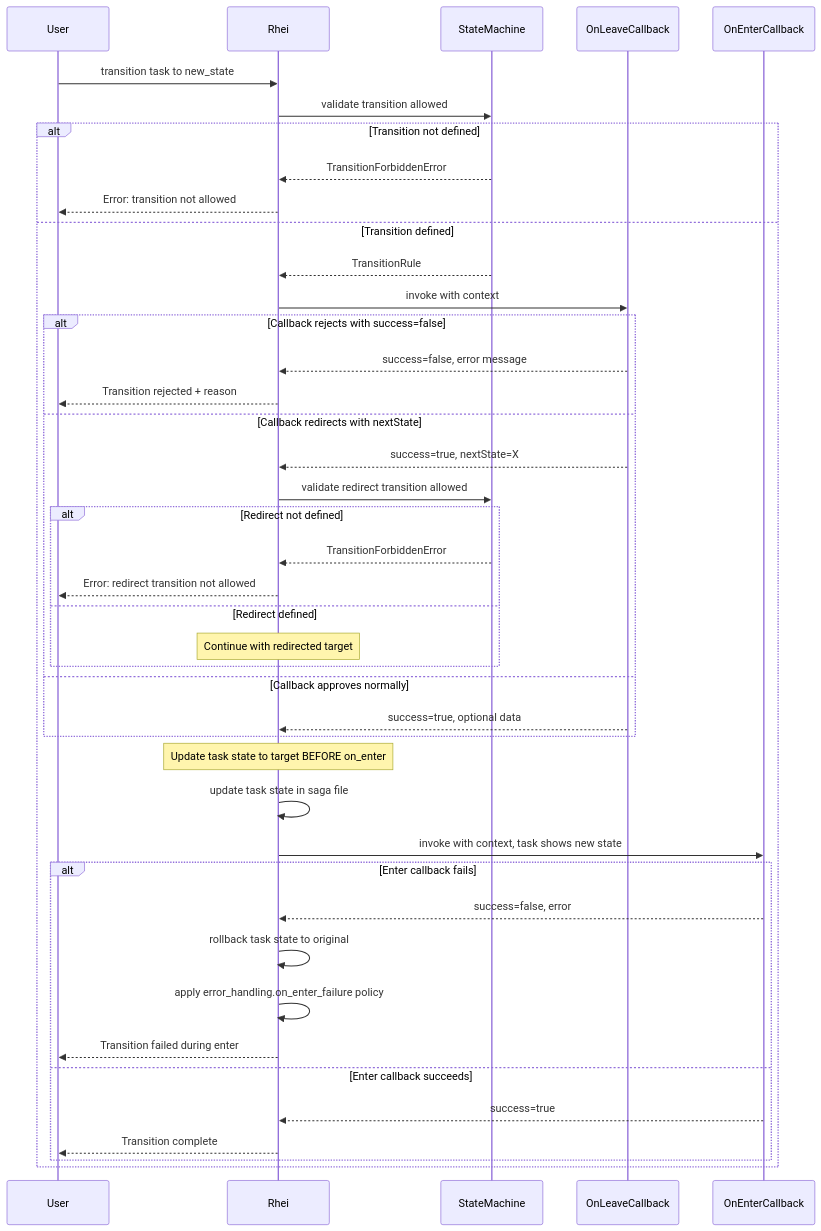
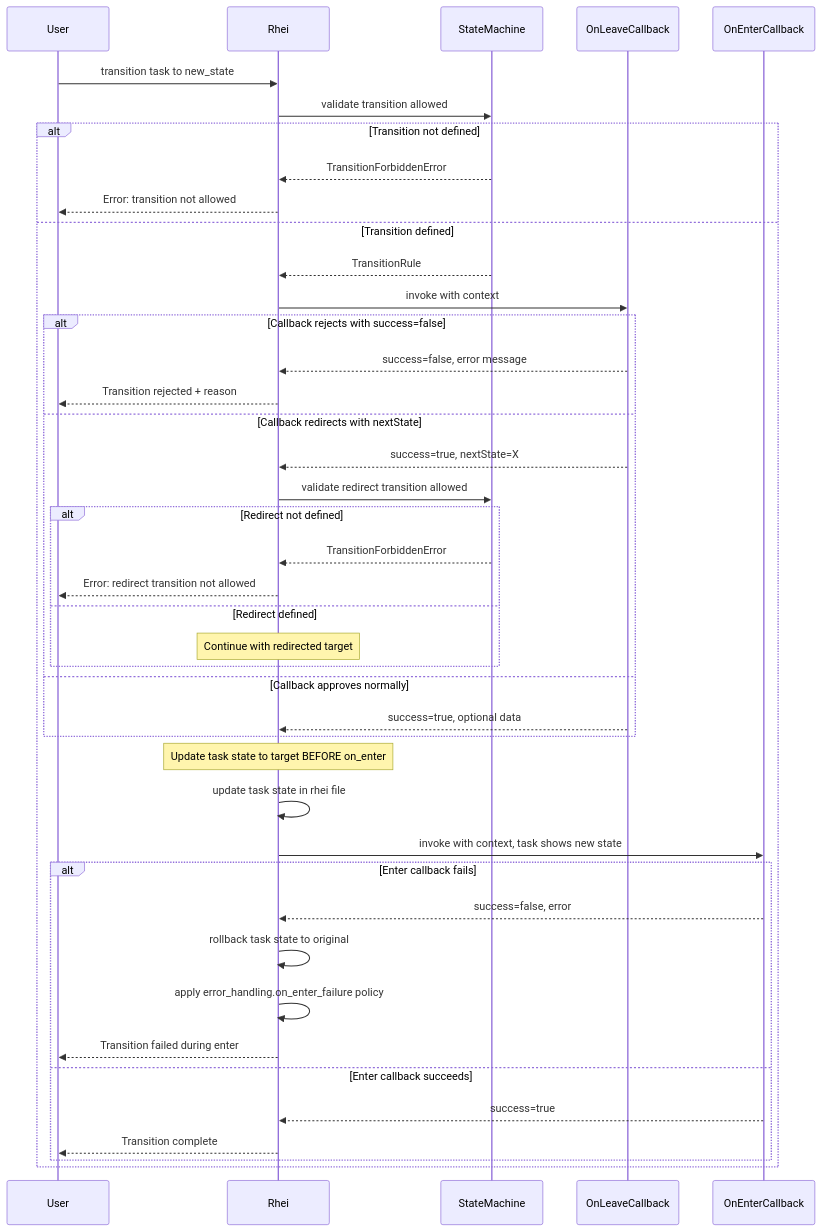
The diagram in docs/formal-state-transitions.md (vjovanov/rhei), drawn with Mermaid before and after one commit. The commit also changed other lines of this file and 35 other files, not shown here.

````diff
--- a/docs/formal-state-transitions.md
+++ b/docs/formal-state-transitions.md
@@ -1201,49 +1180,49 @@
 ```mermaid
 sequenceDiagram
     participant User
     participant Rhei
     participant StateMachine
     participant OnLeaveCallback
     participant OnEnterCallback
 
     User->>Rhei: transition task to new_state
     Rhei->>StateMachine: validate transition allowed
 
     alt Transition not defined
         StateMachine-->>Rhei: TransitionForbiddenError
         Rhei-->>User: Error: transition not allowed
     else Transition defined
         StateMachine-->>Rhei: TransitionRule
         Rhei->>OnLeaveCallback: invoke with context
 
         alt Callback rejects with success=false
             OnLeaveCallback-->>Rhei: success=false, error message
             Rhei-->>User: Transition rejected + reason
         else Callback redirects with nextState
             OnLeaveCallback-->>Rhei: success=true, nextState=X
             Rhei->>StateMachine: validate redirect transition allowed
             alt Redirect not defined
                 StateMachine-->>Rhei: TransitionForbiddenError
                 Rhei-->>User: Error: redirect transition not allowed
             else Redirect defined
                 Note over Rhei: Continue with redirected target
             end
         else Callback approves normally
             OnLeaveCallback-->>Rhei: success=true, optional data
         end
 
         Note over Rhei: Update task state to target BEFORE on_enter
-        Rhei->>Rhei: update task state in saga file
+        Rhei->>Rhei: update task state in rhei file
         Rhei->>OnEnterCallback: invoke with context, task shows new state
 
         alt Enter callback fails
             OnEnterCallback-->>Rhei: success=false, error
             Rhei->>Rhei: rollback task state to original
             Rhei->>Rhei: apply error_handling.on_enter_failure policy
             Rhei-->>User: Transition failed during enter
         else Enter callback succeeds
             OnEnterCallback-->>Rhei: success=true
             Rhei-->>User: Transition complete
         end
     end
 ```
````
